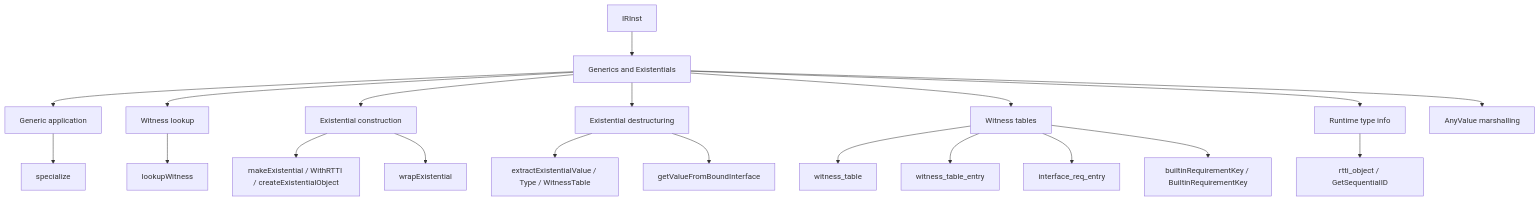
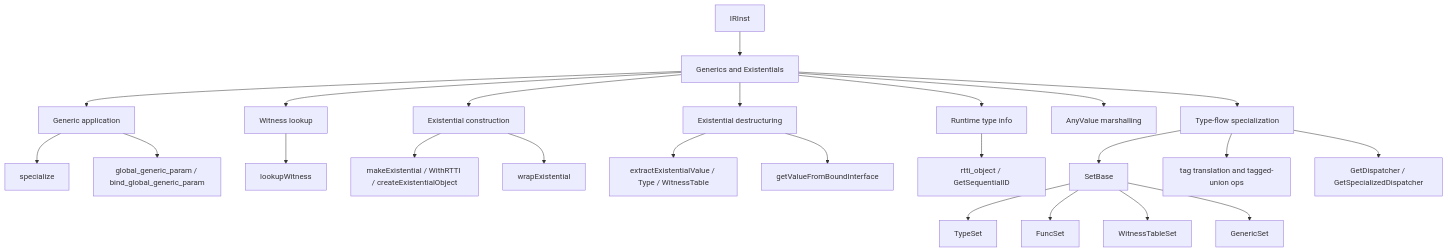
Before and after one commit to shader-slang/slang: the diagram in docs/generated/design/ir-reference/generics-and-existentials.md, drawn with Mermaid. The commit also changed other lines of this file and 176 other files, not shown here.

````diff
--- a/docs/generated/design/ir-reference/generics-and-existentials.md
+++ b/docs/generated/design/ir-reference/generics-and-existentials.md
@@ -66,22 +126,26 @@
 ```mermaid
 flowchart TD
   IRInst --> GenEx[Generics and Existentials]
   GenEx --> GenericApp[Generic application]
   GenEx --> WitnessLookup[Witness lookup]
   GenEx --> ExConstruct[Existential construction]
   GenEx --> ExDestruct[Existential destructuring]
-  GenEx --> WitnessTables[Witness tables]
   GenEx --> RTTI[Runtime type info]
   GenEx --> AnyValue[AnyValue marshalling]
+  GenEx --> TypeFlow[Type-flow specialization]
   GenericApp --> specialize
+  GenericApp --> globalGenericNode["global_generic_param / bind_global_generic_param"]
   WitnessLookup --> lookupWitness
   ExConstruct --> makeExistentialNode["makeExistential / WithRTTI / createExistentialObject"]
   ExConstruct --> wrapExistential
   ExDestruct --> extractExistential["extractExistentialValue / Type / WitnessTable"]
   ExDestruct --> getValueFromBoundInterface
-  WitnessTables --> witness_table
-  WitnessTables --> witness_table_entry
-  WitnessTables --> interface_req_entry
-  WitnessTables --> builtinReqKeyNode["builtinRequirementKey / BuiltinRequirementKey"]
   RTTI --> rtti_objectNode["rtti_object / GetSequentialID"]
+  TypeFlow --> SetBase
+  TypeFlow --> TagOps["tag translation and tagged-union ops"]
+  TypeFlow --> Dispatchers["GetDispatcher / GetSpecializedDispatcher"]
+  SetBase --> TypeSet
+  SetBase --> FuncSet
+  SetBase --> WitnessTableSet
+  SetBase --> GenericSet
 ```
````
